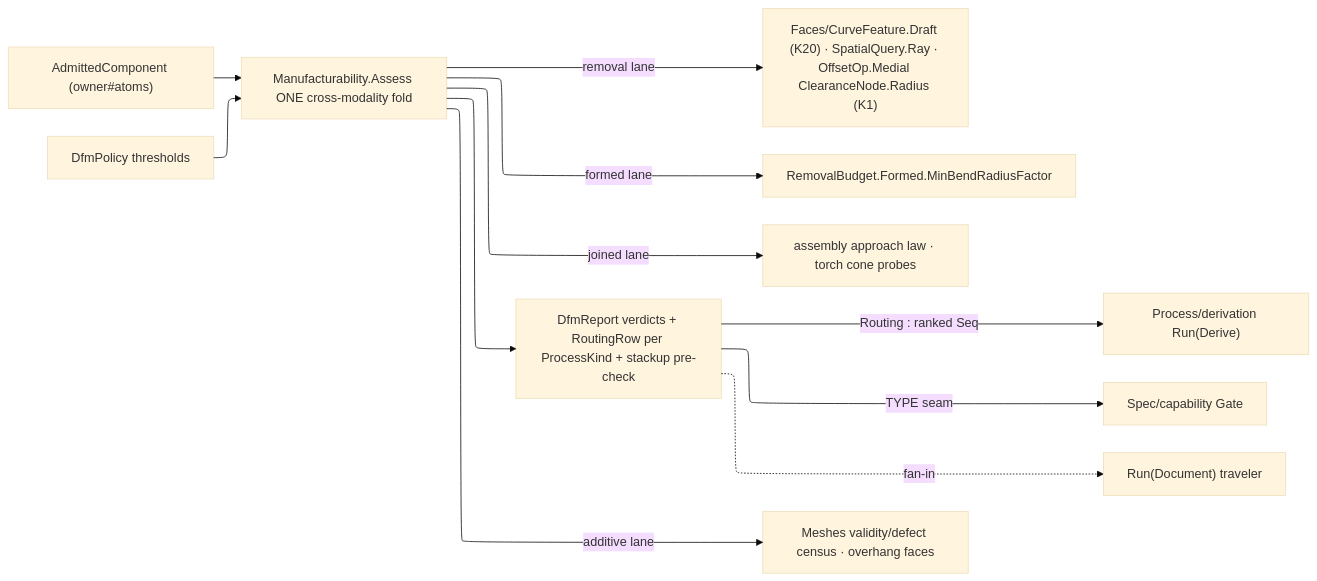
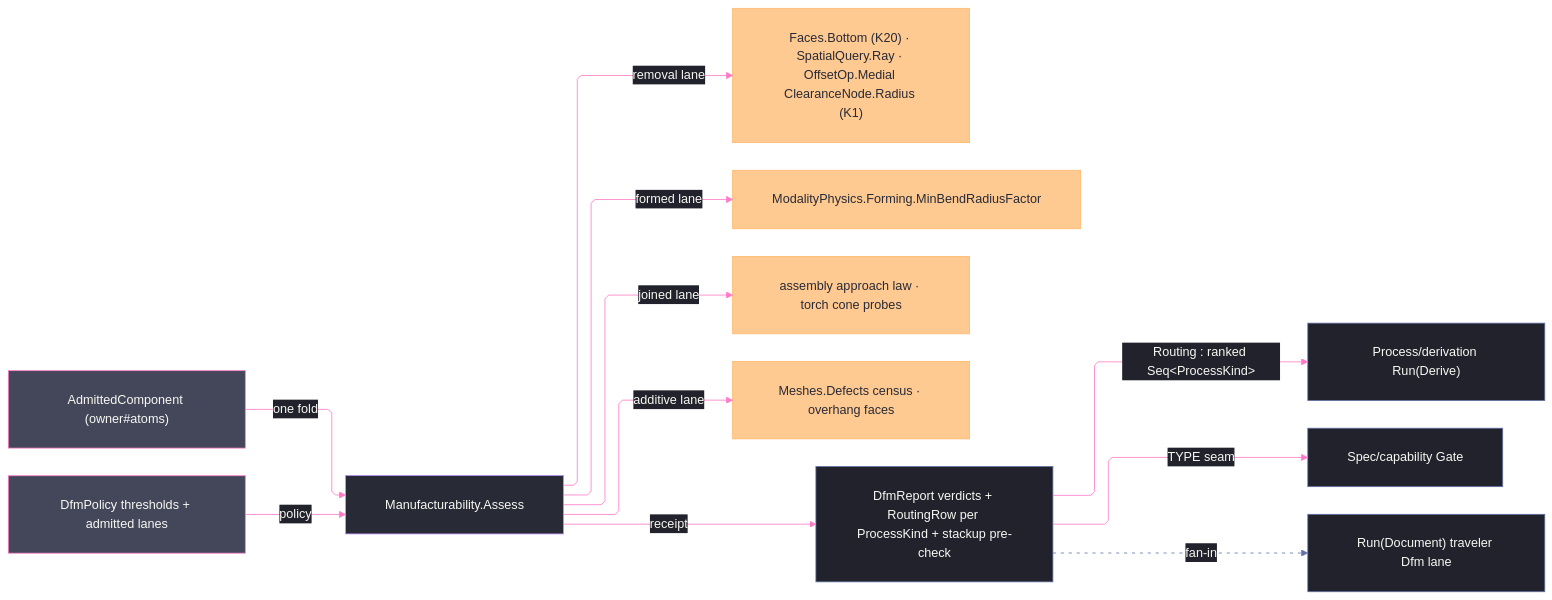
The diagram in libs/csharp/Rasm.Fabrication/.planning/Spec/manufacturability.md (bsamiee/Rasm), drawn with Mermaid before and after one commit. The commit also changed other lines of this file and 79 other files, not shown here.

````diff
--- a/libs/csharp/Rasm.Fabrication/.planning/Spec/manufacturability.md
+++ b/libs/csharp/Rasm.Fabrication/.planning/Spec/manufacturability.md
@@ -323,18 +362,49 @@
 ```mermaid
 ---
 config:
+  theme: base
+  look: classic
   layout: elk
-  theme: base
+  flowchart:
+    curve: linear
+    padding: 25
+  themeVariables:
+    darkMode: true
+    fontFamily: "SF Mono, Menlo, Cascadia Mono, Segoe UI Mono, Consolas, monospace"
+    useGradient: false
+    dropShadow: "none"
+    background: "#282A36"
+    primaryColor: "#44475A"
+    primaryTextColor: "#F8F8F2"
+    primaryBorderColor: "#BD93F9"
+    mainBkg: "#44475A"
+    nodeBorder: "#BD93F9"
+    lineColor: "#FF79C6"
+    textColor: "#F8F8F2"
+    edgeLabelBackground: "#21222C"
+    labelBackgroundColor: "#21222C"
+  themeCSS: ".nodeLabel{font-size:13px;font-weight:500}.edgeLabel{font-size:12px;font-weight:500}.edge-thickness-normal{stroke-width:2px}.edge-thickness-thick{stroke-width:3px}.edge-pattern-dashed,.edge-pattern-dotted{stroke-width:1.5px;stroke-dasharray:4 6}.node rect,.node circle,.node polygon,.node path,.node .outer-path{stroke-width:1.5px;filter:none!important}.marker path{transform:scale(.8);transform-origin:5px 5px}.marker circle{transform:scale(.48);transform-origin:5px 5px}.edgeLabel rect{transform-box:fill-box;transform-origin:center;transform:scale(1.1,1.2)}"
 ---
 flowchart LR
-    Component["AdmittedComponent (owner#atoms)"] --> Assess["Manufacturability.Assess ONE cross-modality fold"]
-    Policy["DfmPolicy thresholds"] --> Assess
-    Assess -->|removal lane| Kernel["Faces/CurveFeature.Draft (K20) · SpatialQuery.Ray · OffsetOp.Medial ClearanceNode.Radius (K1)"]
-    Assess -->|formed lane| Physics["RemovalBudget.Formed.MinBendRadiusFactor"]
-    Assess -->|joined lane| Approach["assembly approach law · torch cone probes"]
-    Assess -->|additive lane| Census["Meshes validity/defect census · overhang faces"]
-    Assess --> Report["DfmReport verdicts + RoutingRow per ProcessKind + stackup pre-check"]
-    Report -->|"Routing : ranked Seq<ProcessKind>"| Derive["Process/derivation Run(Derive)"]
-    Report -->|TYPE seam| Capability["Spec/capability Gate"]
-    Report -.->|fan-in| Traveler["Run(Document) traveler"]
+    accTitle: Manufacturability plane seams
+    accDescr: The admitted component folds through applicatively joined class lanes into the DfM report whose routing projection feeds derivation, capability, and the traveler fan-in.
+    Component["AdmittedComponent (owner#atoms)"] -->|"one fold"| Assess["Manufacturability.Assess"]
+    Policy["DfmPolicy thresholds + admitted lanes"] -->|"policy"| Assess
+    Assess -->|"removal lane"| Kernel["Faces.Bottom (K20) · SpatialQuery.Ray · OffsetOp.Medial ClearanceNode.Radius (K1)"]
+    Assess -->|"formed lane"| Physics["ModalityPhysics.Forming.MinBendRadiusFactor"]
+    Assess -->|"joined lane"| Approach["assembly approach law · torch cone probes"]
+    Assess -->|"additive lane"| Census["Meshes.Defects census · overhang faces"]
+    Assess -->|"receipt"| Report["DfmReport verdicts + RoutingRow per ProcessKind + stackup pre-check"]
+    Report -->|"Routing : ranked Seq&lt;ProcessKind&gt;"| Derive["Process/derivation Run(Derive)"]
+    Report -->|"TYPE seam"| Capability["Spec/capability Gate"]
+    Report -.->|"fan-in"| Traveler["Run(Document) traveler Dfm lane"]
+    classDef primary fill:#44475A,stroke:#FF79C6,color:#F8F8F2
+    classDef boundary fill:#282A36,stroke:#BD93F9,color:#F8F8F2
+    classDef data fill:#FFB86CBF,stroke:#FFB86C,color:#282A36
+    classDef annotation fill:#21222C,stroke:#6272A4,color:#F8F8F2
+    class Component,Policy primary
+    class Assess boundary
+    class Kernel,Physics,Approach,Census data
+    class Report,Derive,Capability,Traveler annotation
+    linkStyle 9 stroke:#6272A4,color:#F8F8F2,stroke-dasharray:4 6
 ```
````
